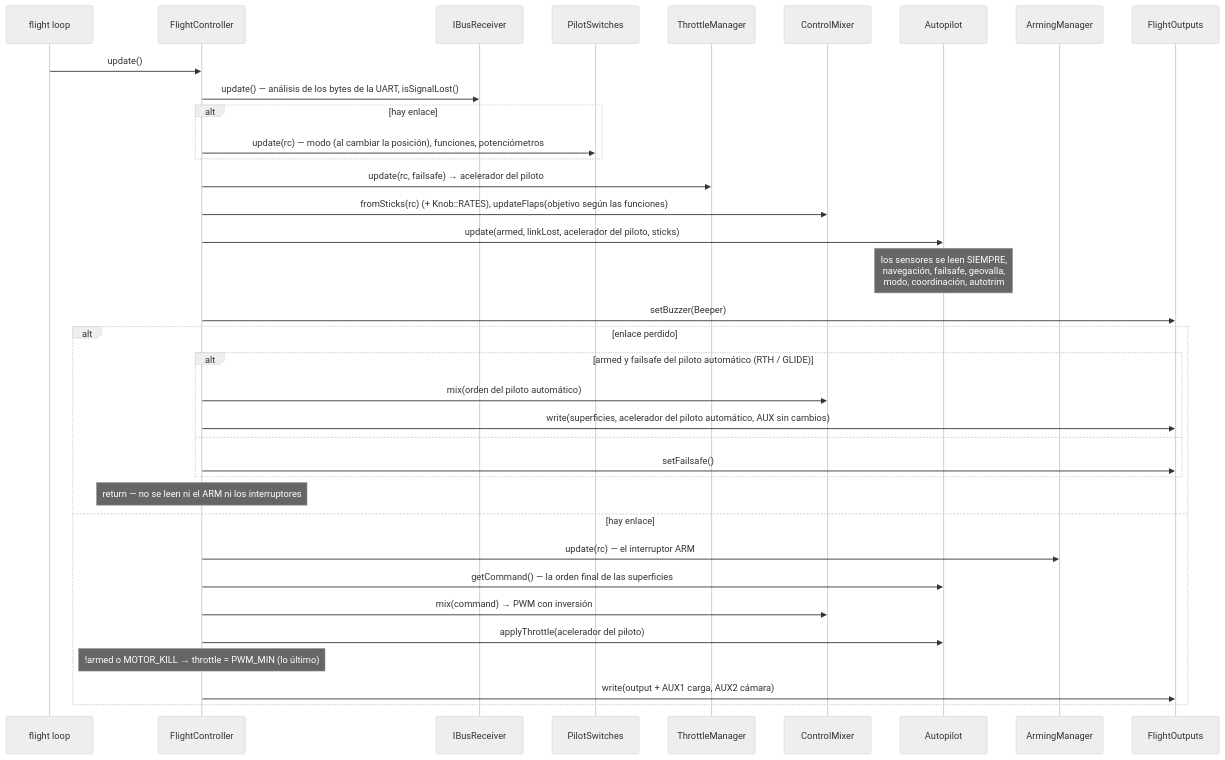
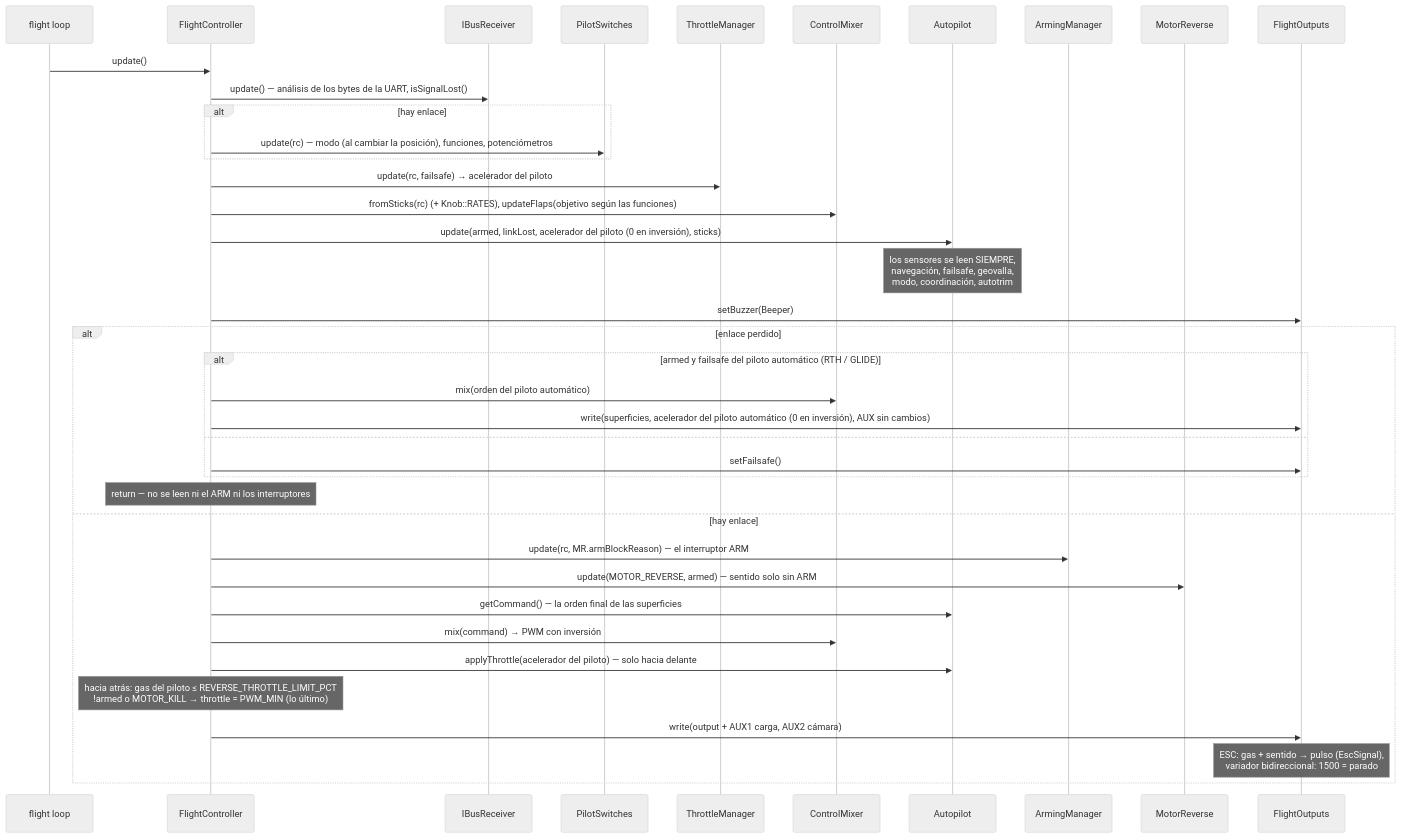
One commit to damir-lebedev/OpenPlaneProject changed the sixth of 11 diagrams in docs/i18n/es/ARCHITECTURE.md. Above: the diagram before and after it, drawn with Mermaid (neutral theme). The commit also changed other lines of this file and 166 other files, not shown here.

First line of the commit message:
Make the bidirectional BLHeli 80A ESC the main one, with a disarm-only motor reverse

````diff
--- a/docs/i18n/es/ARCHITECTURE.md
+++ b/docs/i18n/es/ARCHITECTURE.md
@@ -355,39 +355,42 @@
 ```mermaid
 sequenceDiagram
     participant L as flight loop
     participant FC as FlightController
     participant RX as IBusReceiver
     participant SW as PilotSwitches
     participant TM as ThrottleManager
     participant MX as ControlMixer
     participant AP as Autopilot
     participant AM as ArmingManager
+    participant MR as MotorReverse
     participant OUT as FlightOutputs
 
     L->>FC: update()
     FC->>RX: update() — análisis de los bytes de la UART, isSignalLost()
     alt hay enlace
         FC->>SW: update(rc) — modo (al cambiar la posición), funciones, potenciómetros
     end
     FC->>TM: update(rc, failsafe) → acelerador del piloto
     FC->>MX: fromSticks(rc) (+ Knob::RATES), updateFlaps(objetivo según las funciones)
-    FC->>AP: update(armed, linkLost, acelerador del piloto, sticks)
+    FC->>AP: update(armed, linkLost, acelerador del piloto (0 en inversión), sticks)
     Note over AP: los sensores se leen SIEMPRE,<br/>navegación, failsafe, geovalla,<br/>modo, coordinación, autotrim
     FC->>OUT: setBuzzer(Beeper)
     alt enlace perdido
         alt armed y failsafe del piloto automático (RTH / GLIDE)
             FC->>MX: mix(orden del piloto automático)
-            FC->>OUT: write(superficies, acelerador del piloto automático, AUX sin cambios)
+            FC->>OUT: write(superficies, acelerador del piloto automático (0 en inversión), AUX sin cambios)
         else
             FC->>OUT: setFailsafe()
         end
         Note over FC: return — no se leen ni el ARM ni los interruptores
     else hay enlace
-        FC->>AM: update(rc) — el interruptor ARM
+        FC->>AM: update(rc, MR.armBlockReason) — el interruptor ARM
+        FC->>MR: update(MOTOR_REVERSE, armed) — sentido solo sin ARM
         FC->>AP: getCommand() — la orden final de las superficies
         FC->>MX: mix(command) → PWM con inversión
-        FC->>AP: applyThrottle(acelerador del piloto)
-        Note over FC: !armed o MOTOR_KILL → throttle = PWM_MIN (lo último)
+        FC->>AP: applyThrottle(acelerador del piloto) — solo hacia delante
+        Note over FC: hacia atrás: gas del piloto ≤ REVERSE_THROTTLE_LIMIT_PCT<br/>!armed o MOTOR_KILL → throttle = PWM_MIN (lo último)
         FC->>OUT: write(output + AUX1 carga, AUX2 cámara)
+        Note over OUT: ESC: gas + sentido → pulso (EscSignal),<br/>variador bidireccional: 1500 = parado
     end
 ```
````
